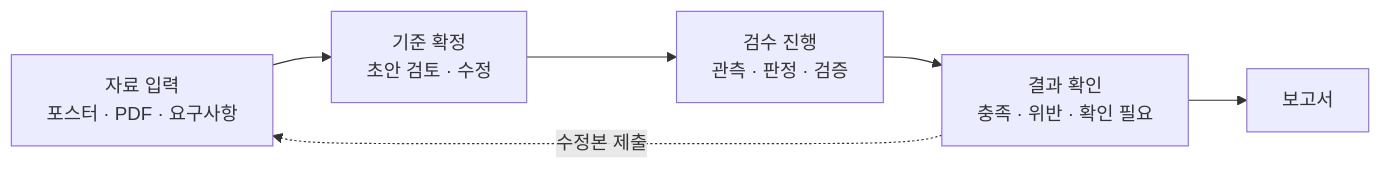
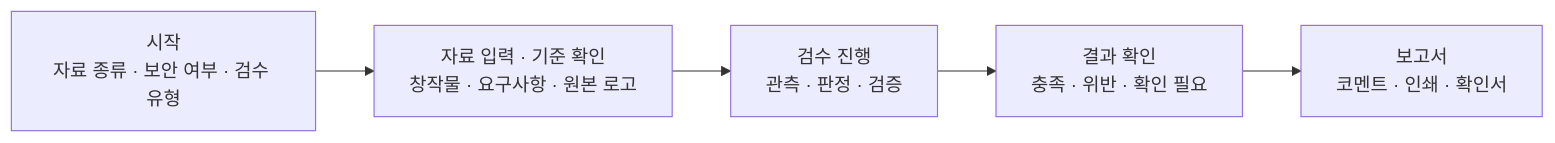
The first of 2 diagrams in README.md (20260528-skn-family-ai-33/SKN33-Final-1Team), drawn with Mermaid before and after one commit. The commit also changed other lines of this file and 7 other files, not shown here.

````diff
--- a/README.md
+++ b/README.md
@@ -125,8 +152,7 @@
 ```mermaid
 flowchart LR
-    A["자료 입력<br/>포스터 · PDF · 요구사항"] --> B["기준 확정<br/>초안 검토 · 수정"]
-    B --> C["검수 진행<br/>관측 · 판정 · 검증"]
+    S["시작<br/>자료 종류 · 보안 여부 · 검수 유형"] --> A["자료 입력 · 기준 확인<br/>창작물 · 요구사항 · 원본 로고"]
+    A --> C["검수 진행<br/>관측 · 판정 · 검증"]
     C --> D["결과 확인<br/>충족 · 위반 · 확인 필요"]
-    D --> E["보고서"]
-    D -. "수정본 제출" .-> A
+    D --> E["보고서<br/>코멘트 · 인쇄 · 확인서"]
 ```
````
